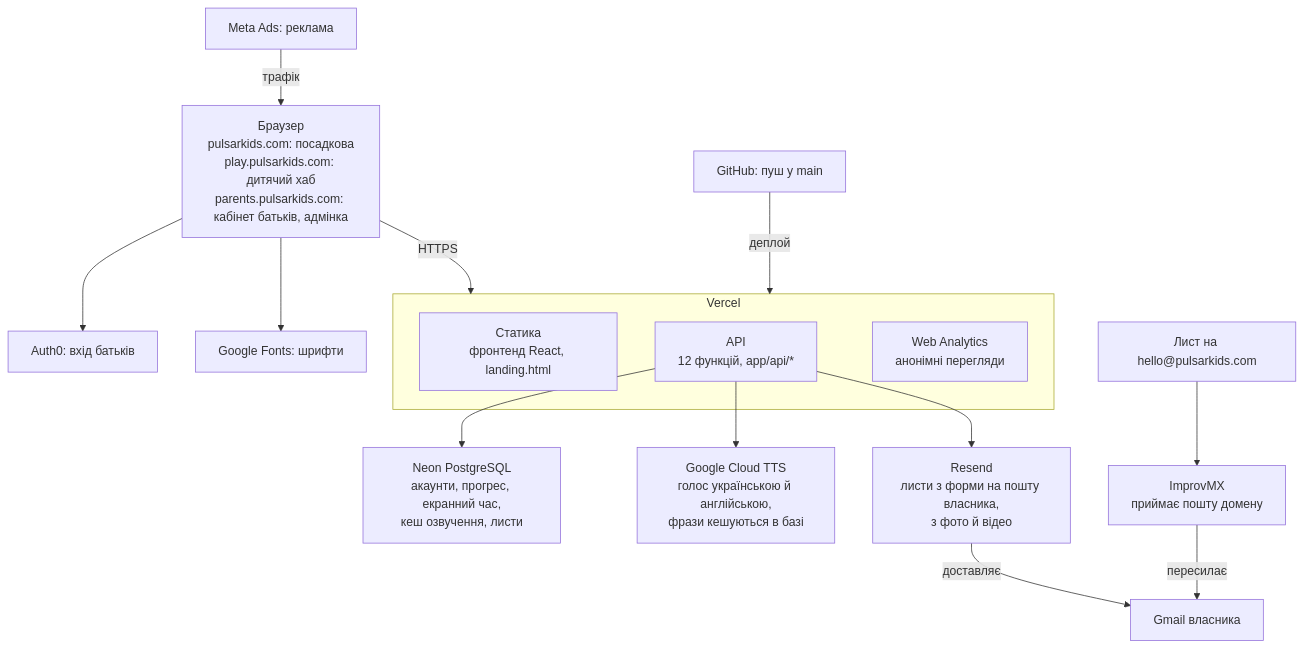
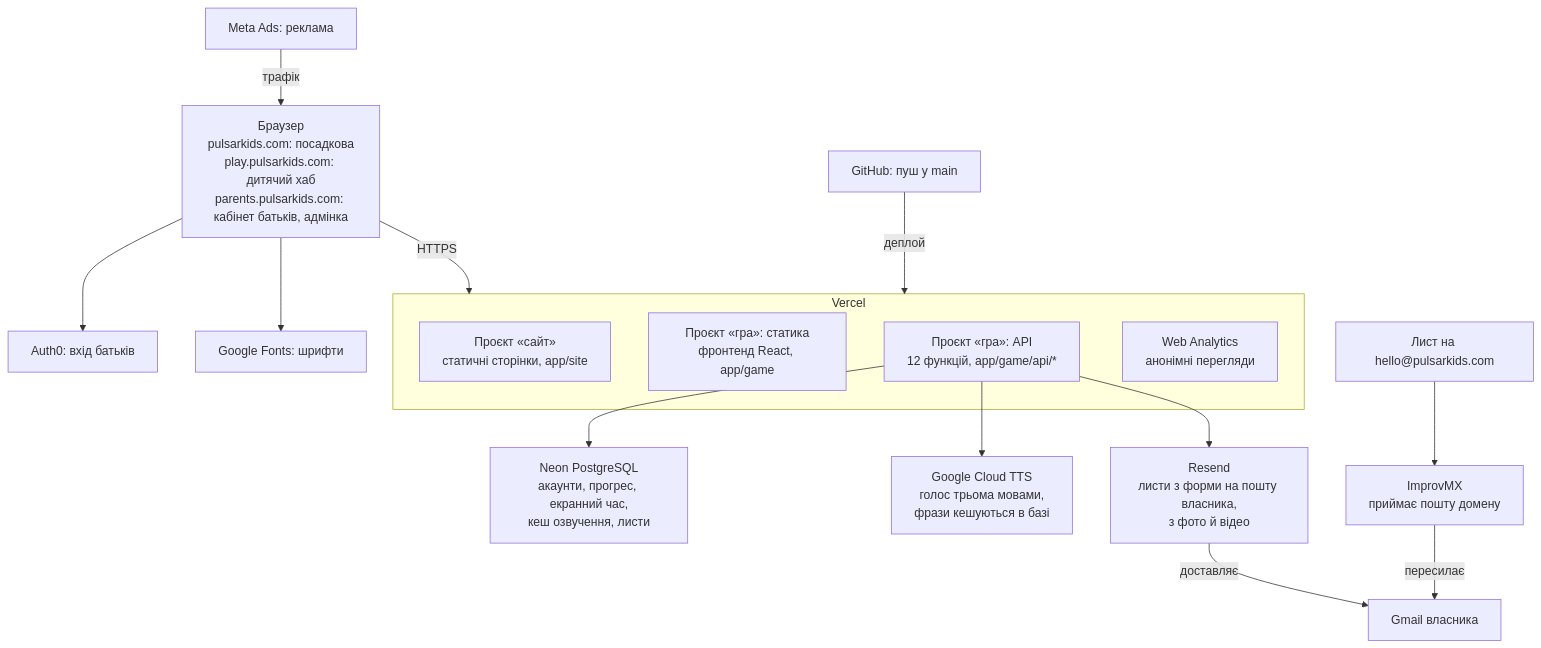
Before and after one commit to yuriiluchyshyn/wonderkids: the diagram in docs/external-services.md, drawn with Mermaid. The commit also changed other lines of this file and 621 other files, not shown here.

````diff
--- a/docs/external-services.md
+++ b/docs/external-services.md
@@ -19,20 +19,21 @@
 ```mermaid
 flowchart TD
   Meta["Meta Ads: реклама"] -- трафік --> Browser
   Browser["Браузер<br/>pulsarkids.com: посадкова<br/>play.pulsarkids.com: дитячий хаб<br/>parents.pulsarkids.com: кабінет батьків, адмінка"]
   Browser --> Auth0["Auth0: вхід батьків"]
   Browser --> Fonts["Google Fonts: шрифти"]
   Browser -- HTTPS --> Vercel
   GitHub["GitHub: пуш у main"] -- деплой --> Vercel
   subgraph Vercel
-    Static["Статика<br/>фронтенд React, landing.html"]
-    API["API<br/>12 функцій, app/api/*"]
+    Site["Проєкт «сайт»<br/>статичні сторінки, app/site"]
+    Static["Проєкт «гра»: статика<br/>фронтенд React, app/game"]
+    API["Проєкт «гра»: API<br/>12 функцій, app/game/api/*"]
     Analytics["Web Analytics<br/>анонімні перегляди"]
   end
   API --> Neon["Neon PostgreSQL<br/>акаунти, прогрес, екранний час,<br/>кеш озвучення, листи"]
-  API --> TTS["Google Cloud TTS<br/>голос українською й англійською,<br/>фрази кешуються в базі"]
+  API --> TTS["Google Cloud TTS<br/>голос трьома мовами,<br/>фрази кешуються в базі"]
   API --> Resend["Resend<br/>листи з форми на пошту власника,<br/>з фото й відео"]
   Sender["Лист на hello@pulsarkids.com"] --> ImprovMX["ImprovMX<br/>приймає пошту домену"]
   ImprovMX -- пересилає --> Gmail["Gmail власника"]
   Resend -- доставляє --> Gmail
 ```
````
